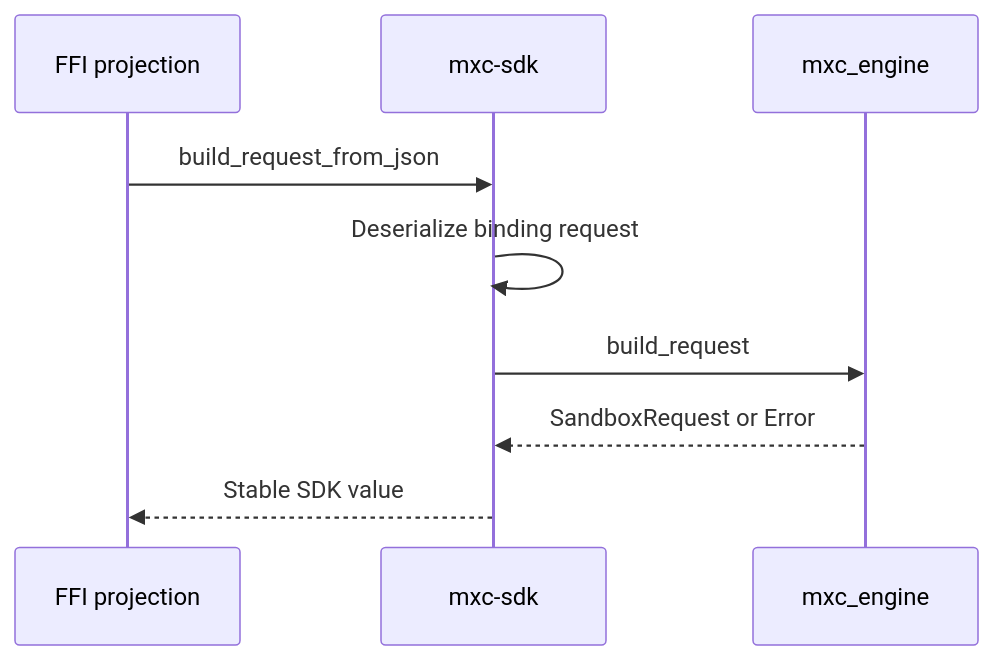
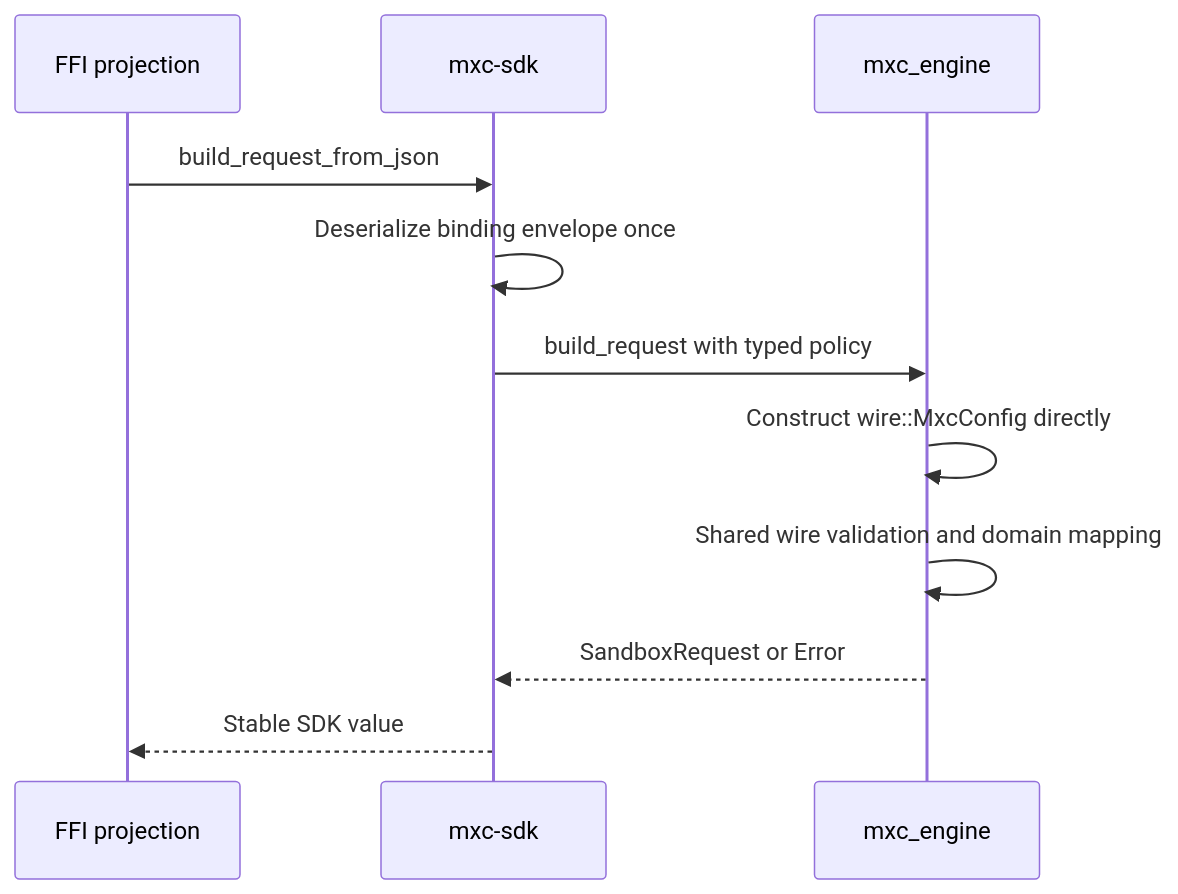
The third of 3 diagrams in docs/designs/SDK/rust-sdk-architecture.md (microsoft/mxc), drawn with Mermaid before and after one commit. The commit also changed other lines of this file and 4 other files, not shown here.

First line of the commit message:
Use typed SDK request handoff

````diff
--- a/docs/designs/SDK/rust-sdk-architecture.md
+++ b/docs/designs/SDK/rust-sdk-architecture.md
@@ -52,11 +53,13 @@
 ```mermaid
 sequenceDiagram
     participant F as FFI projection
     participant S as mxc-sdk
     participant E as mxc_engine
     F->>S: build_request_from_json
-    S->>S: Deserialize binding request
-    S->>E: build_request
+    S->>S: Deserialize binding envelope once
+    S->>E: build_request with typed policy
+    E->>E: Construct wire::MxcConfig directly
+    E->>E: Shared wire validation and domain mapping
     E-->>S: SandboxRequest or Error
     S-->>F: Stable SDK value
 ```
````
